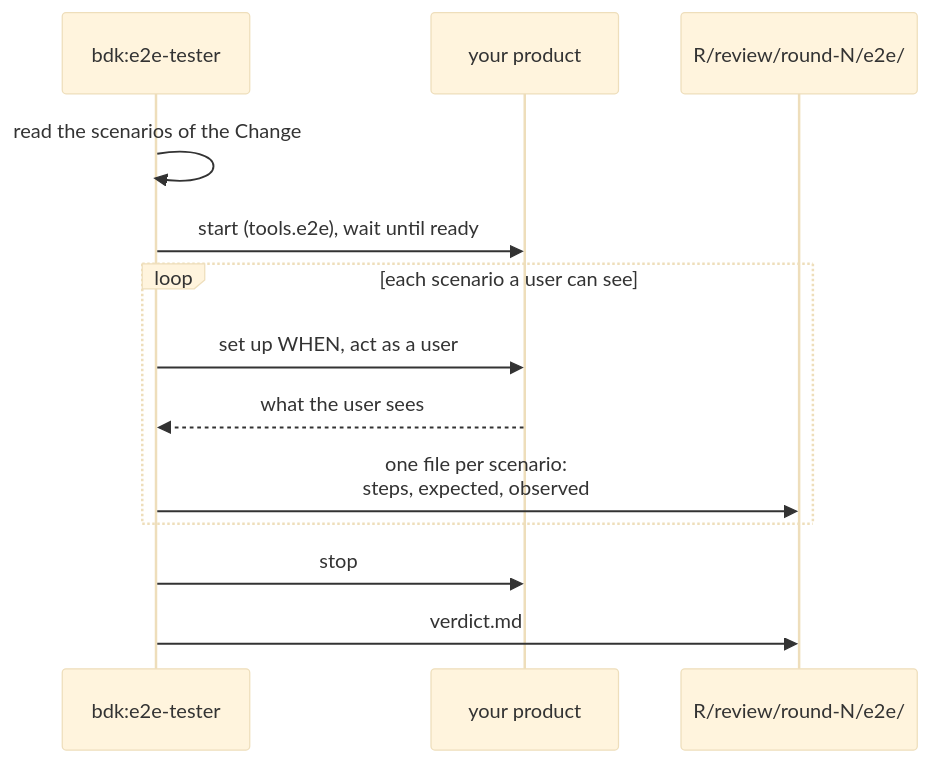
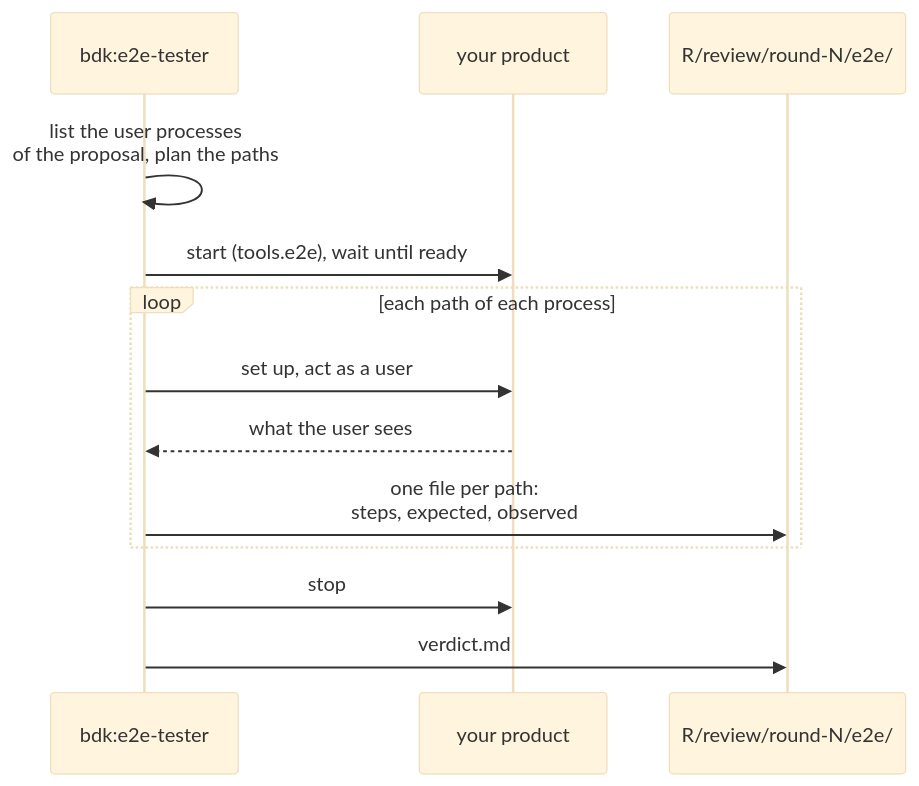
The diagram in docs/concepts/e2e.md (broneq/bdk), drawn with Mermaid (base theme) before and after one commit. The commit also changed other lines of this file and 57 other files, not shown here.

````diff
--- a/docs/concepts/e2e.md
+++ b/docs/concepts/e2e.md
@@ -36,15 +52,15 @@
 ```mermaid
 sequenceDiagram
   participant T as bdk:e2e-tester
   participant P as your product
   participant F as R/review/round-N/e2e/
-  T->>T: read the scenarios of the Change
+  T->>T: list the user processes<br/>of the proposal, plan the paths
   T->>P: start (tools.e2e), wait until ready
-  loop each scenario a user can see
-    T->>P: set up WHEN, act as a user
+  loop each path of each process
+    T->>P: set up, act as a user
     P-->>T: what the user sees
-    T->>F: one file per scenario:<br/>steps, expected, observed
+    T->>F: one file per path:<br/>steps, expected, observed
   end
   T->>P: stop
   T->>F: verdict.md
 ```
````
